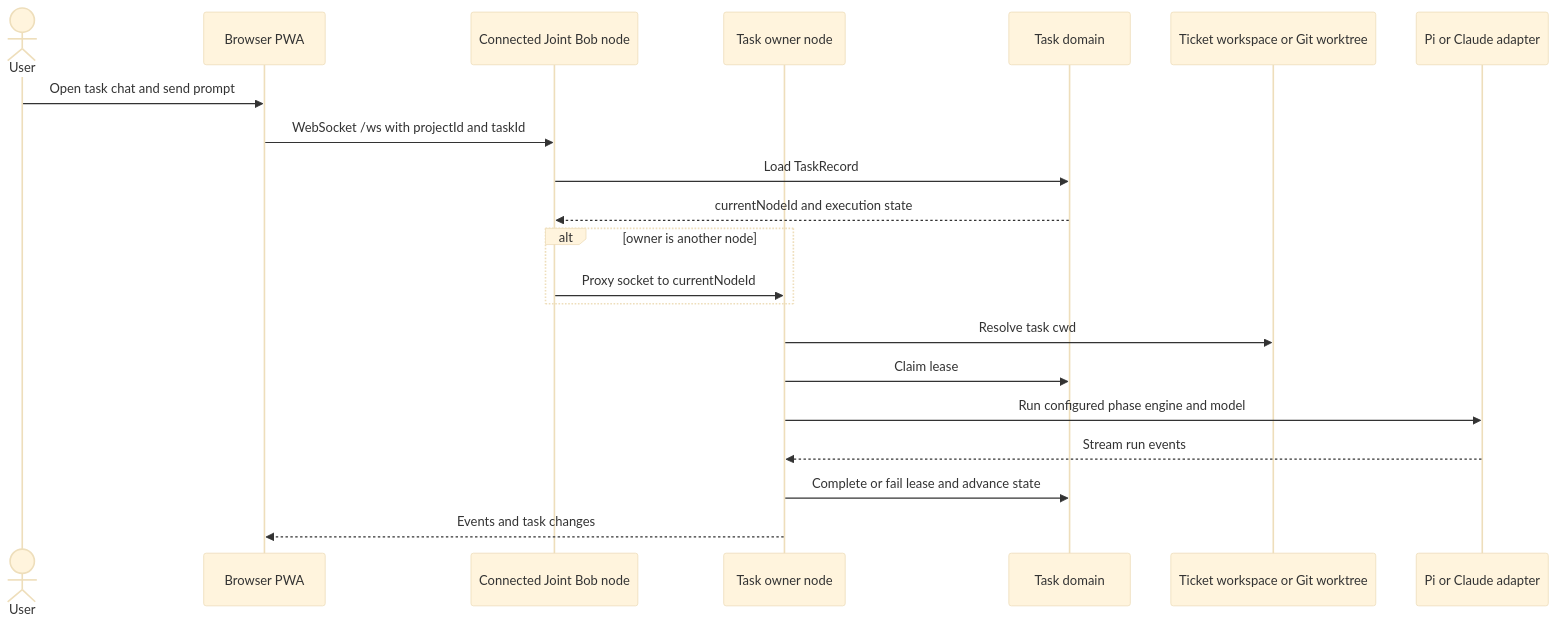
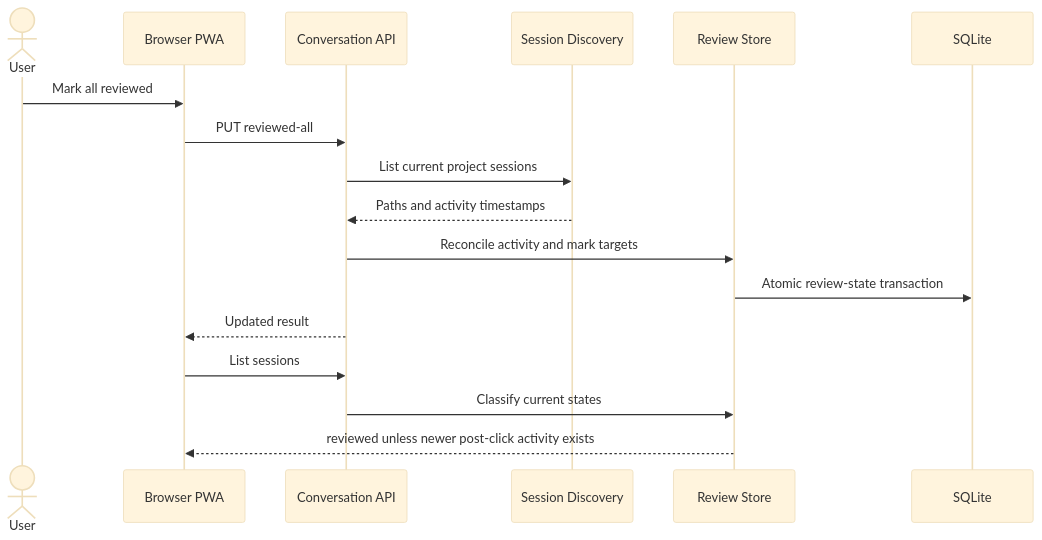
One commit to iliagerman/joint-bob changed the third of 5 diagrams in aidlc/spaces/default/codekb/pi-mobile-web/architecture.md. Above: the diagram before and after it, drawn with Mermaid (base theme). The commit also changed other lines of this file and 68 other files, not shown here.

````diff
--- a/aidlc/spaces/default/codekb/pi-mobile-web/architecture.md
+++ b/aidlc/spaces/default/codekb/pi-mobile-web/architecture.md
@@ -77,24 +87,20 @@
 ```mermaid
 sequenceDiagram
     actor User
     participant PWA as Browser PWA
-    participant Entry as Connected Joint Bob node
-    participant Owner as Task owner node
-    participant Tasks as Task domain
-    participant Workspace as Ticket workspace or Git worktree
-    participant Agent as Pi or Claude adapter
+    participant API as Conversation API
+    participant Discovery as Session Discovery
+    participant Reviews as Review Store
+    participant DB as SQLite
 
-    User->>PWA: Open task chat and send prompt
-    PWA->>Entry: WebSocket /ws with projectId and taskId
-    Entry->>Tasks: Load TaskRecord
-    Tasks-->>Entry: currentNodeId and execution state
-    alt owner is another node
-        Entry->>Owner: Proxy socket to currentNodeId
-    end
-    Owner->>Workspace: Resolve task cwd
-    Owner->>Tasks: Claim lease
-    Owner->>Agent: Run configured phase engine and model
-    Agent-->>Owner: Stream run events
-    Owner->>Tasks: Complete or fail lease and advance state
-    Owner-->>PWA: Events and task changes
+    User->>PWA: Mark all reviewed
+    PWA->>API: PUT reviewed-all
+    API->>Discovery: List current project sessions
+    Discovery-->>API: Paths and activity timestamps
+    API->>Reviews: Reconcile activity and mark targets
+    Reviews->>DB: Atomic review-state transaction
+    API-->>PWA: Updated result
+    PWA->>API: List sessions
+    API->>Reviews: Classify current states
+    Reviews-->>PWA: reviewed unless newer post-click activity exists
 ```
````
